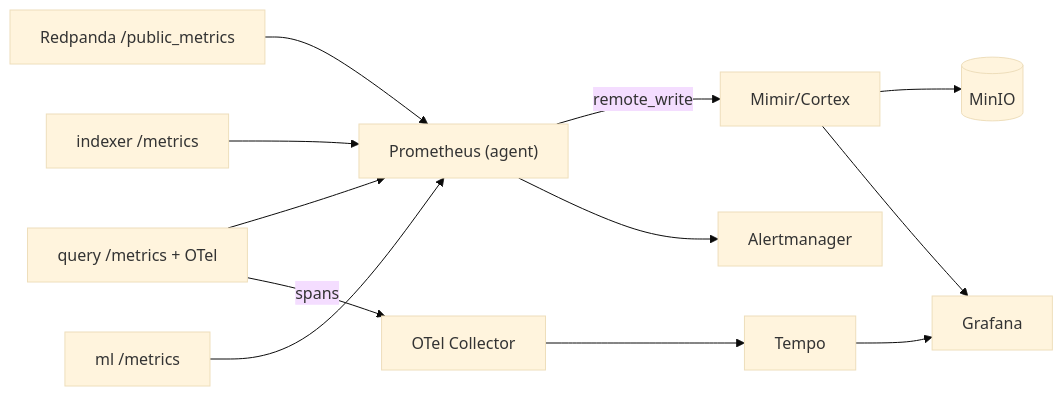
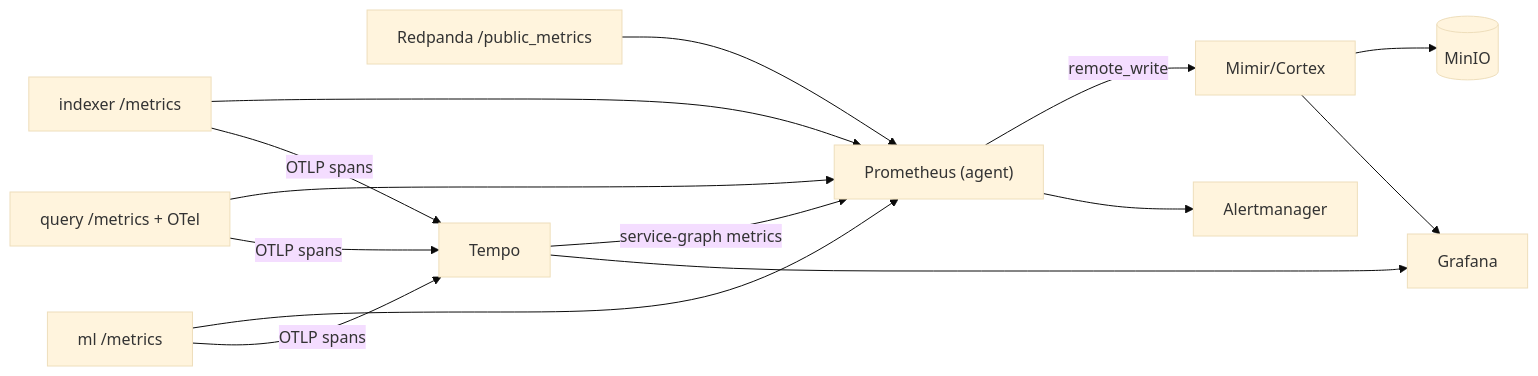
One commit to Animesh-roy100/search-and-retrieval-system changed diagram 11 of 12 in docs/LLD.md. Above: the diagram before and after it, drawn with Mermaid (base theme). The commit also changed other lines of this file and 1 other file, not shown here.

````diff
--- a/docs/LLD.md
+++ b/docs/LLD.md
@@ -441,12 +464,13 @@
 ```mermaid
 graph LR
     RP["Redpanda /public_metrics"] --> PROM
     IDX["indexer /metrics"] --> PROM
     QRY["query /metrics + OTel"] --> PROM
     ML["ml /metrics"] --> PROM
     PROM["Prometheus (agent)"] -->|remote_write| CORTEX["Mimir/Cortex"]
     CORTEX --> MINIO[("MinIO")]
-    QRY -->|spans| OTEL["OTel Collector"] --> TEMPO["Tempo"]
+    QRY & IDX & ML -->|OTLP spans| TEMPO["Tempo"]
+    TEMPO -->|service-graph metrics| PROM
     CORTEX & TEMPO --> GRAF["Grafana"]
     PROM --> ALERT["Alertmanager"]
 ```
````
